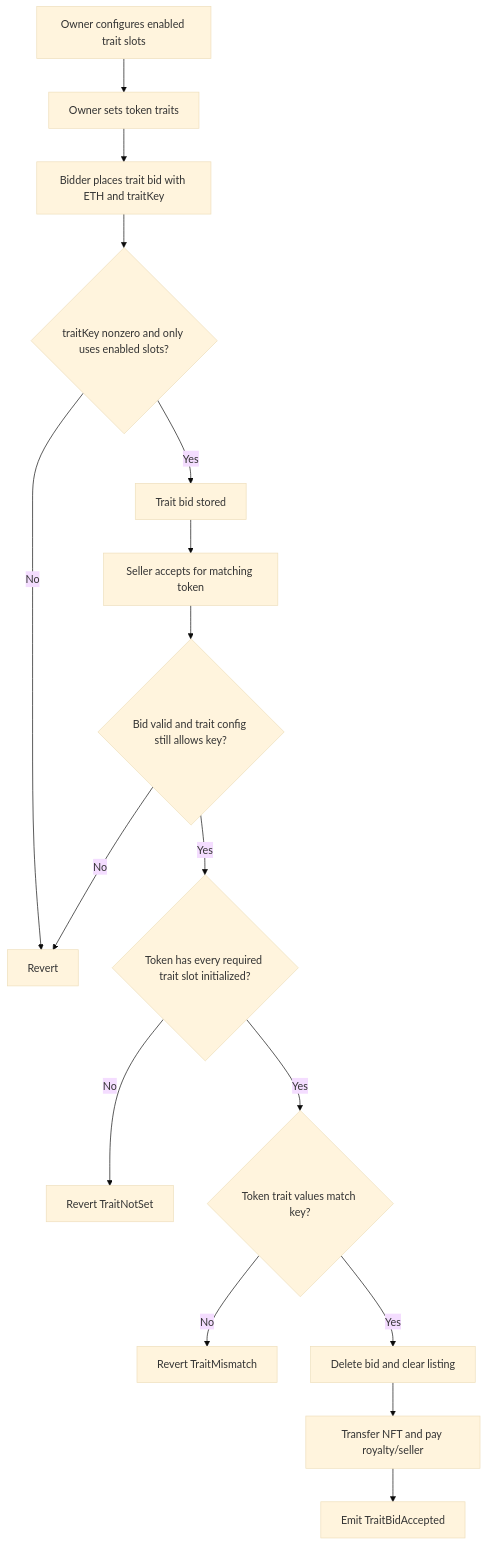
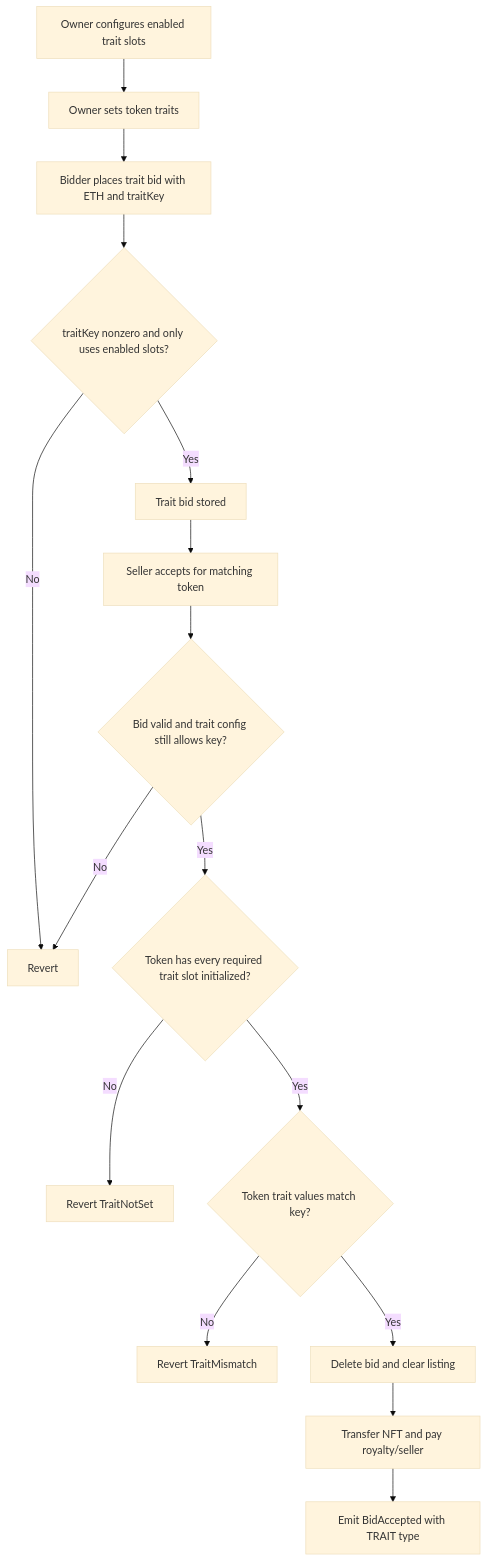
The fourth of 4 diagrams in README.md (mpeyfuss/luci-market), drawn with Mermaid (base theme) before and after one commit. The commit also changed other lines of this file and 6 other files, not shown here.

Commit message:
update to a shared bid interface using `BidType` and `BidSelector`

````diff
--- a/README.md
+++ b/README.md
@@ -98,18 +100,18 @@
 ```mermaid
 flowchart TD
     A[Owner configures enabled trait slots] --> B[Owner sets token traits]
     B --> C[Bidder places trait bid with ETH and traitKey]
     C --> D{traitKey nonzero and only uses enabled slots?}
     D -- No --> X[Revert]
     D -- Yes --> E[Trait bid stored]
     E --> F[Seller accepts for matching token]
     F --> G{Bid valid and trait config still allows key?}
     G -- No --> X
     G -- Yes --> H{Token has every required trait slot initialized?}
     H -- No --> Y[Revert TraitNotSet]
     H -- Yes --> I{Token trait values match key?}
     I -- No --> Z[Revert TraitMismatch]
     I -- Yes --> J[Delete bid and clear listing]
     J --> K[Transfer NFT and pay royalty/seller]
-    K --> L[Emit TraitBidAccepted]
+    K --> L[Emit BidAccepted with TRAIT type]
 ```
````
